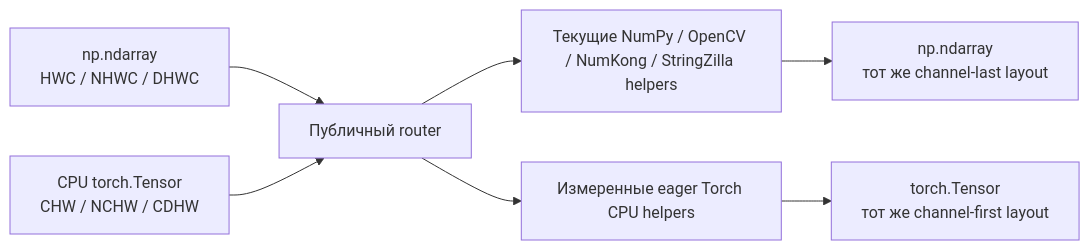
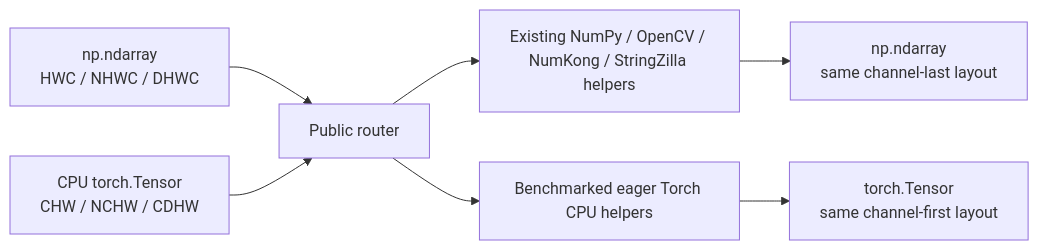
Before and after one commit to albumentations-team/albucore: the diagram in docs/torch-tensor-migration-plan.md, drawn with Mermaid. The commit also changed other lines of this file and 38 other files, not shown here.

````diff
--- a/docs/torch-tensor-migration-plan.md
+++ b/docs/torch-tensor-migration-plan.md
@@ -27,9 +27,9 @@
 ```mermaid
 flowchart LR
-    N["np.ndarray<br/>HWC / NHWC / DHWC"] --> R["Публичный router"]
+    N["np.ndarray<br/>HWC / NHWC / DHWC"] --> R["Public router"]
     T["CPU torch.Tensor<br/>CHW / NCHW / CDHW"] --> R
-    R --> NB["Текущие NumPy / OpenCV / NumKong / StringZilla helpers"]
-    R --> TB["Измеренные eager Torch CPU helpers"]
-    NB --> NO["np.ndarray<br/>тот же channel-last layout"]
-    TB --> TO["torch.Tensor<br/>тот же channel-first layout"]
+    R --> NB["Existing NumPy / OpenCV / NumKong / StringZilla helpers"]
+    R --> TB["Benchmarked eager Torch CPU helpers"]
+    NB --> NO["np.ndarray<br/>same channel-last layout"]
+    TB --> TO["torch.Tensor<br/>same channel-first layout"]
 ```
````
